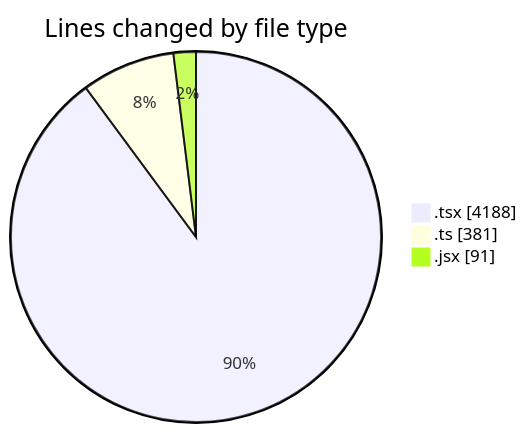
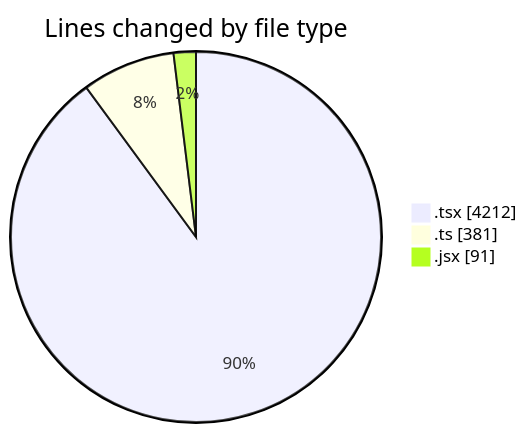
Before and after one commit to momahboobian/code-tracking: the first of 2 diagrams in 2026-04-27/cda/README.md, drawn with Mermaid. The commit also changed other lines of this file and 1 other file, not shown here.

````diff
--- a/2026-04-27/cda/README.md
+++ b/2026-04-27/cda/README.md
@@ -38,7 +38,7 @@
 ```mermaid
 pie showData
 title Lines changed by file type
-".tsx" : 4188
+".tsx" : 4212
 ".ts" : 381
 ".jsx" : 91
 ```
````
